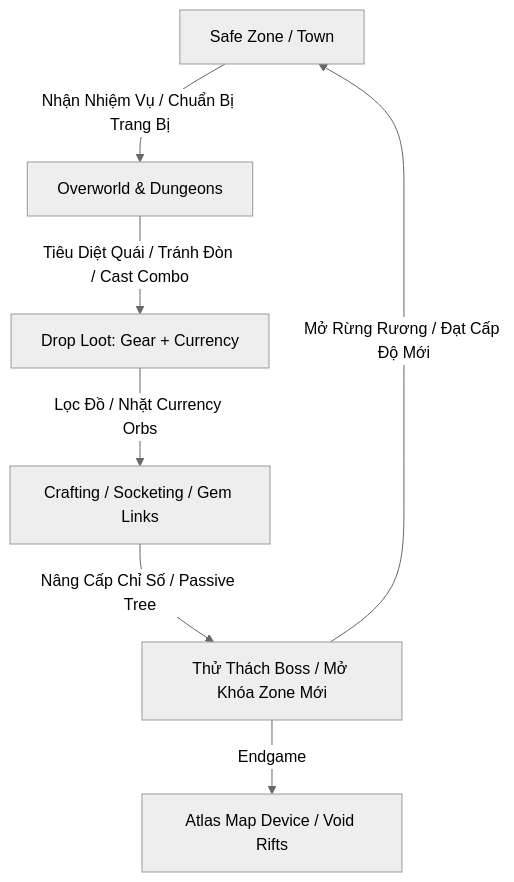
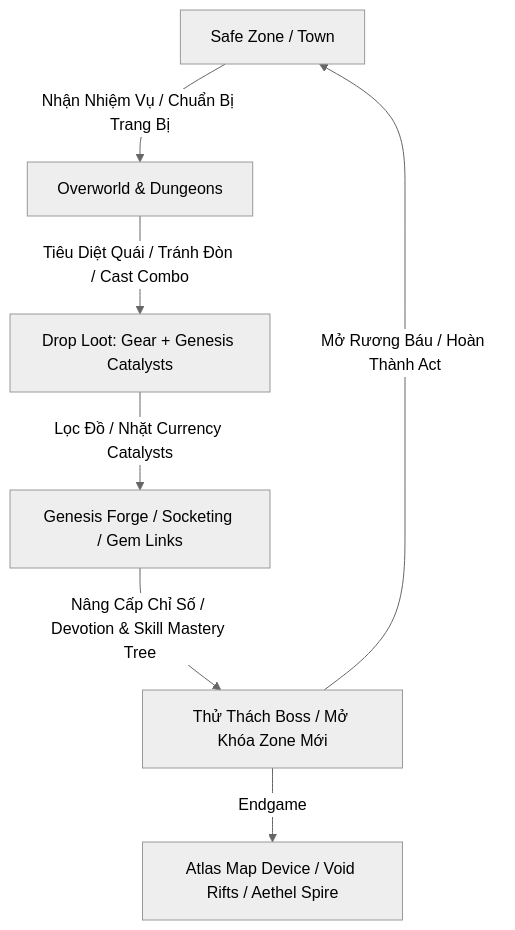
The diagram in docs/design/gameplay_progression_and_systems.md (kzxl/my-dream-game), drawn with Mermaid (neutral theme) before and after one commit. The commit also changed other lines of this file and 13 other files, not shown here.

Commit message:
feat(design): integrate sao analysis, add progress status tags to design docs, and refine devotion tree & world map

````diff
--- a/docs/design/gameplay_progression_and_systems.md
+++ b/docs/design/gameplay_progression_and_systems.md
@@ -9,9 +9,9 @@
 ```mermaid
 graph TD
     A[Safe Zone / Town] -->|Nhận Nhiệm Vụ / Chuẩn Bị Trang Bị| B[Overworld & Dungeons]
-    B -->|Tiêu Diệt Quái / Tránh Đòn / Cast Combo| C[Drop Loot: Gear + Currency]
-    C -->|Lọc Đồ / Nhặt Currency Orbs| D[Crafting / Socketing / Gem Links]
-    D -->|Nâng Cấp Chỉ Số / Passive Tree| E[Thử Thách Boss / Mở Khóa Zone Mới]
-    E -->|Mở Rừng Rương / Đạt Cấp Độ Mới| A
-    E -->|Endgame| F[Atlas Map Device / Void Rifts]
+    B -->|Tiêu Diệt Quái / Tránh Đòn / Cast Combo| C[Drop Loot: Gear + Genesis Catalysts]
+    C -->|Lọc Đồ / Nhặt Currency Catalysts| D[Genesis Forge / Socketing / Gem Links]
+    D -->|Nâng Cấp Chỉ Số / Devotion & Skill Mastery Tree| E[Thử Thách Boss / Mở Khóa Zone Mới]
+    E -->|Mở Rương Báu / Hoàn Thành Act| A
+    E -->|Endgame| F[Atlas Map Device / Void Rifts / Aethel Spire]
 ```
````
